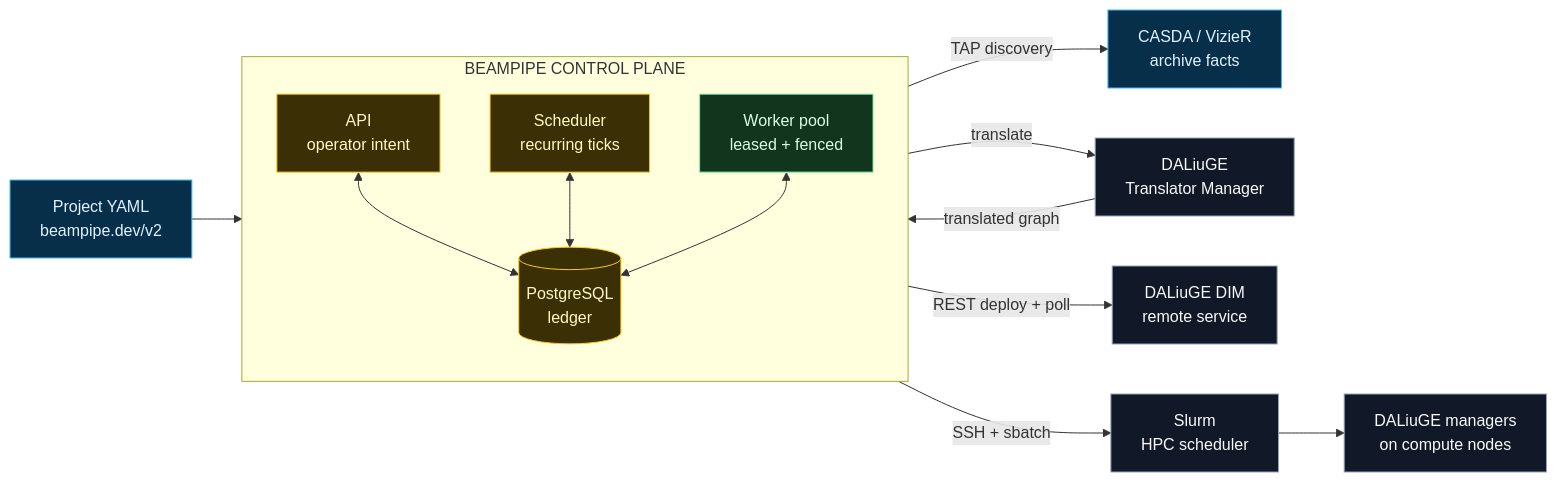
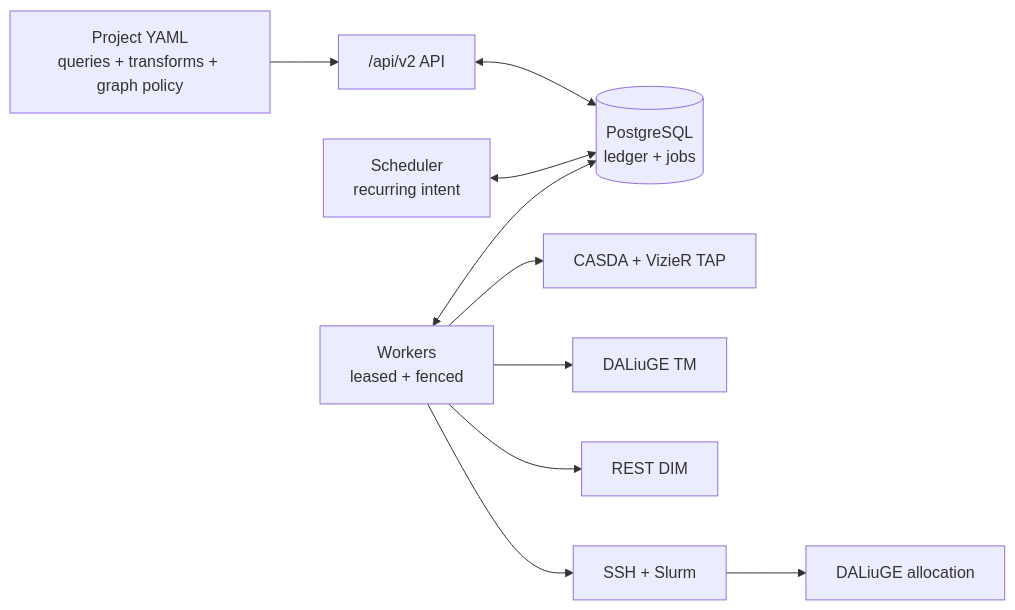
The first of 2 diagrams in README.md (jbwod/beampipe-core-v2), drawn with Mermaid before and after one commit. The commit also changed other lines of this file and 39 other files, not shown here.

````diff
--- a/README.md
+++ b/README.md
@@ -58,27 +23,12 @@
 ```mermaid
 flowchart LR
-    YAML["Project YAML<br/>beampipe.dev/v2"] --> API
-
-    subgraph CONTROL["BEAMPIPE CONTROL PLANE"]
-        direction TB
-        API["API<br/>operator intent"] <--> DB[("PostgreSQL<br/>ledger")]
-        SCHED["Scheduler<br/>recurring ticks"] <--> DB
-        WORKERS["Worker pool<br/>leased + fenced"] <--> DB
-    end
-
-    WORKERS -->|TAP discovery| CASDA["CASDA / VizieR<br/>archive facts"]
-    WORKERS -->|translate| TM["DALiuGE<br/>Translator Manager"]
-    TM -->|translated graph| WORKERS
-    WORKERS -->|REST deploy + poll| DIM["DALiuGE DIM<br/>remote service"]
-    WORKERS -->|SSH + sbatch| SLURM["Slurm<br/>HPC scheduler"]
-    SLURM --> RUNTIME["DALiuGE managers<br/>on compute nodes"]
-
-    classDef input fill:#082f49,stroke:#38bdf8,color:#e0f2fe;
-    classDef control fill:#3b2f05,stroke:#facc15,color:#fef9c3;
-    classDef worker fill:#12351d,stroke:#86efac,color:#dcfce7;
-    classDef external fill:#111827,stroke:#94a3b8,color:#f8fafc;
-    class YAML,CASDA input;
-    class API,DB,SCHED control;
-    class WORKERS worker;
-    class TM,DIM,SLURM,RUNTIME external;
+    POLICY["Project YAML<br/>queries + transforms + graph policy"] --> API["/api/v2 API"]
+    API <--> DB[("PostgreSQL<br/>ledger + jobs")]
+    SCHED["Scheduler<br/>recurring intent"] <--> DB
+    WORKERS["Workers<br/>leased + fenced"] <--> DB
+    WORKERS --> TAP["CASDA + VizieR TAP"]
+    WORKERS --> TM["DALiuGE TM"]
+    WORKERS --> DIM["REST DIM"]
+    WORKERS --> SSH["SSH + Slurm"]
+    SSH --> RUNTIME["DALiuGE allocation"]
 ```
````
